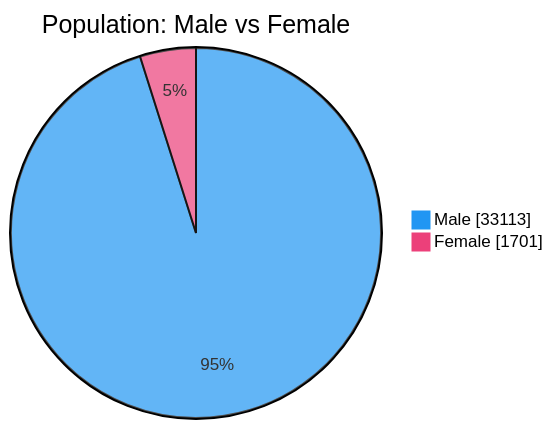
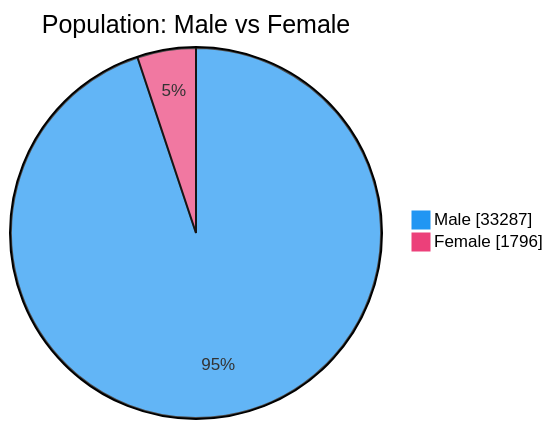
One commit to nuuuwan/lk_prisons changed the second of 7 diagrams in README.md. Above: the diagram before and after it, drawn with Mermaid. The commit also changed other lines of this file and 1 other file, not shown here.

````diff
--- a/README.md
+++ b/README.md
@@ -54,6 +54,6 @@
 ```mermaid
 %%{init: {'themeVariables': {'pie1': '#2196F3', 'pie2': '#EC407A'}}}%%
 pie showData title Population: Male vs Female
-    "Male" : 33113
-    "Female" : 1701
+    "Male" : 33287
+    "Female" : 1796
 ```
````
